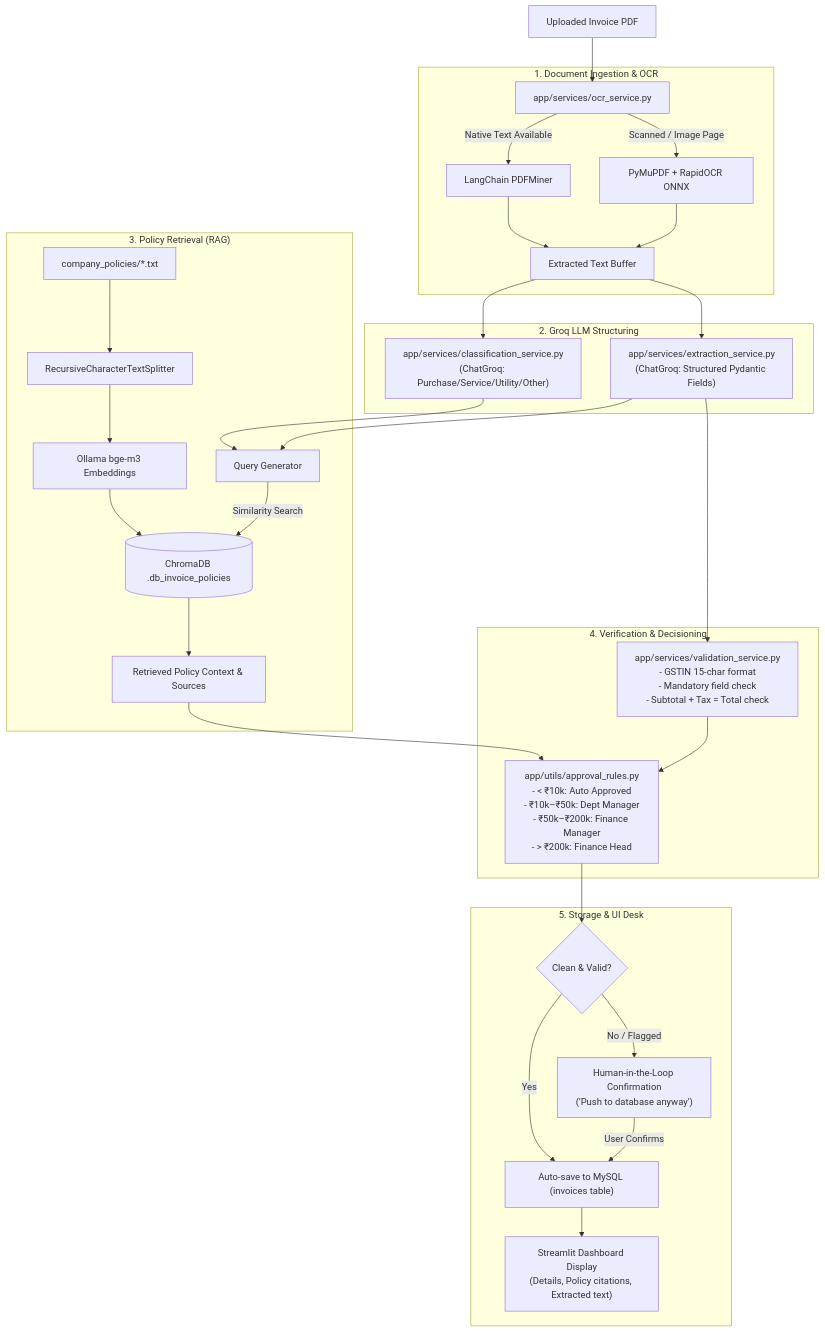
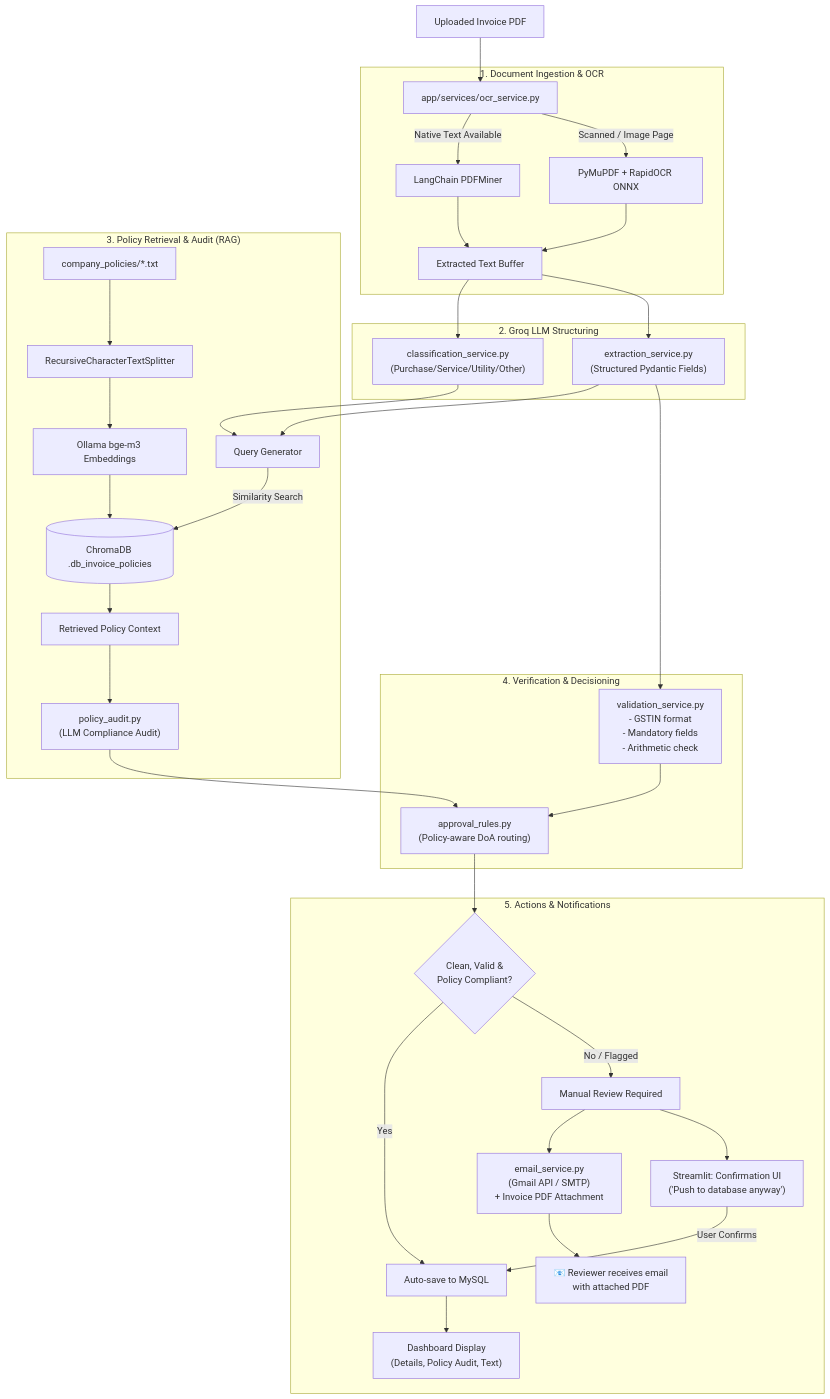
Before and after one commit to riteshkb2811/Invoice-Processing-Workflow-: the diagram in README.md, drawn with Mermaid. The commit also changed other lines of this file and 11 other files, not shown here.

Commit message:
feat: add policy audit, manual review email alerts with PDF attachment, and updated docs

````diff
--- a/README.md
+++ b/README.md
@@ -57,38 +73,42 @@
 ```mermaid
 flowchart TD
     A["Uploaded Invoice PDF"] --> B["app/services/ocr_service.py"]
-    
+
     subgraph Ingestion ["1. Document Ingestion & OCR"]
         B -->|Native Text Available| C["LangChain PDFMiner"]
         B -->|Scanned / Image Page| D["PyMuPDF + RapidOCR ONNX"]
         C --> E["Extracted Text Buffer"]
         D --> E
     end
 
     subgraph Intelligence ["2. Groq LLM Structuring"]
-        E --> F["app/services/classification_service.py\n(ChatGroq: Purchase/Service/Utility/Other)"]
-        E --> G["app/services/extraction_service.py\n(ChatGroq: Structured Pydantic Fields)"]
+        E --> F["classification_service.py\n(Purchase/Service/Utility/Other)"]
+        E --> G["extraction_service.py\n(Structured Pydantic Fields)"]
     end
 
-    subgraph PolicyRAG ["3. Policy Retrieval (RAG)"]
+    subgraph PolicyRAG ["3. Policy Retrieval & Audit (RAG)"]
         H["company_policies/*.txt"] --> I["RecursiveCharacterTextSplitter"]
         I --> J["Ollama bge-m3 Embeddings"]
         J --> K[("ChromaDB .db_invoice_policies")]
         F & G --> L["Query Generator"]
         L -->|Similarity Search| K
-        K --> M["Retrieved Policy Context & Sources"]
+        K --> M["Retrieved Policy Context"]
+        M --> N2["policy_audit.py\n(LLM Compliance Audit)"]
     end
 
     subgraph ValidationEngine ["4. Verification & Decisioning"]
-        G --> N["app/services/validation_service.py\n- GSTIN 15-char format\n- Mandatory field check\n- Subtotal + Tax = Total check"]
-        N & M --> O["app/utils/approval_rules.py\n- < ₹10k: Auto Approved\n- ₹10k–₹50k: Dept Manager\n- ₹50k–₹200k: Finance Manager\n- > ₹200k: Finance Head"]
+        G --> N["validation_service.py\n- GSTIN format\n- Mandatory fields\n- Arithmetic check"]
+        N & N2 --> O["approval_rules.py\n(Policy-aware DoA routing)"]
     end
 
-    subgraph Persistence ["5. Storage & UI Desk"]
-        O --> P{"Clean & Valid?"}
-        P -->|Yes| Q["Auto-save to MySQL (invoices table)"]
-        P -->|No / Flagged| R["Human-in-the-Loop Confirmation\n('Push to database anyway')"]
-        R -->|User Confirms| Q
-        Q --> S["Streamlit Dashboard Display\n(Details, Policy citations, Extracted text)"]
+    subgraph Actions ["5. Actions & Notifications"]
+        O --> P{"Clean, Valid &\nPolicy Compliant?"}
+        P -->|Yes| Q["Auto-save to MySQL"]
+        P -->|No / Flagged| R["Manual Review Required"]
+        R --> T["email_service.py\n(Gmail API / SMTP)\n+ Invoice PDF Attachment"]
+        T --> U["📧 Reviewer receives email\nwith attached PDF"]
+        R --> V["Streamlit: Confirmation UI\n('Push to database anyway')"]
+        V -->|User Confirms| Q
+        Q --> S["Dashboard Display\n(Details, Policy Audit, Text)"]
     end
 ```
````
